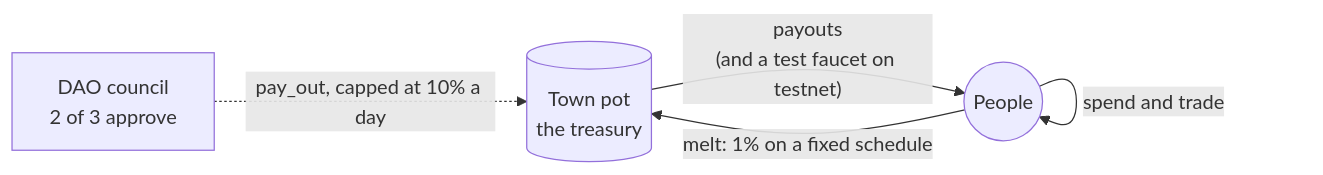
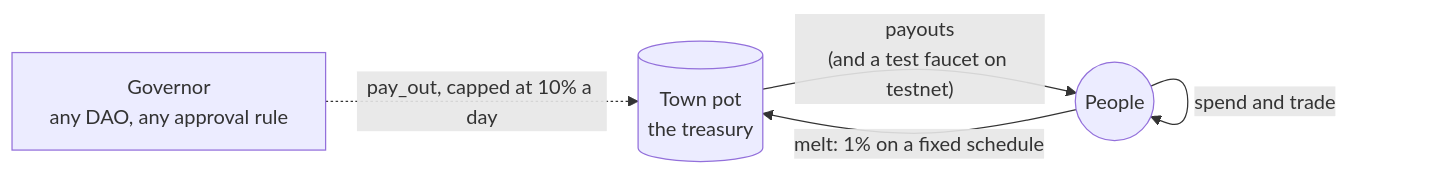
One commit to Devendra116/worgl changed the diagram in README.md. Above: the diagram before and after it, drawn with Mermaid. The commit also changed other lines of this file and 1 other file, not shown here.

Commit message:
docs: present the governor as any DAO with any approval rule, and show fewer images

````diff
--- a/README.md
+++ b/README.md
@@ -59,7 +59,7 @@
 ```mermaid
 flowchart LR
     T[("Town pot<br/>the treasury")] -- "payouts<br/>(and a test faucet on testnet)" --> P(("People"))
     P -- "spend and trade" --> P
     P -- "melt: 1% on a fixed schedule" --> T
-    D["DAO council<br/>2 of 3 approve"] -. "pay_out, capped at 10% a day" .-> T
+    D["Governor<br/>any DAO, any approval rule"] -. "pay_out, capped at 10% a day" .-> T
 ```
````
